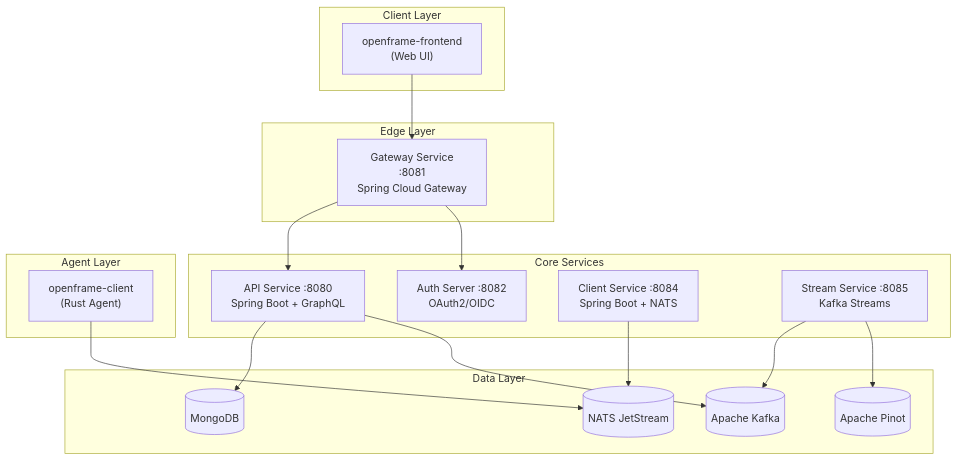
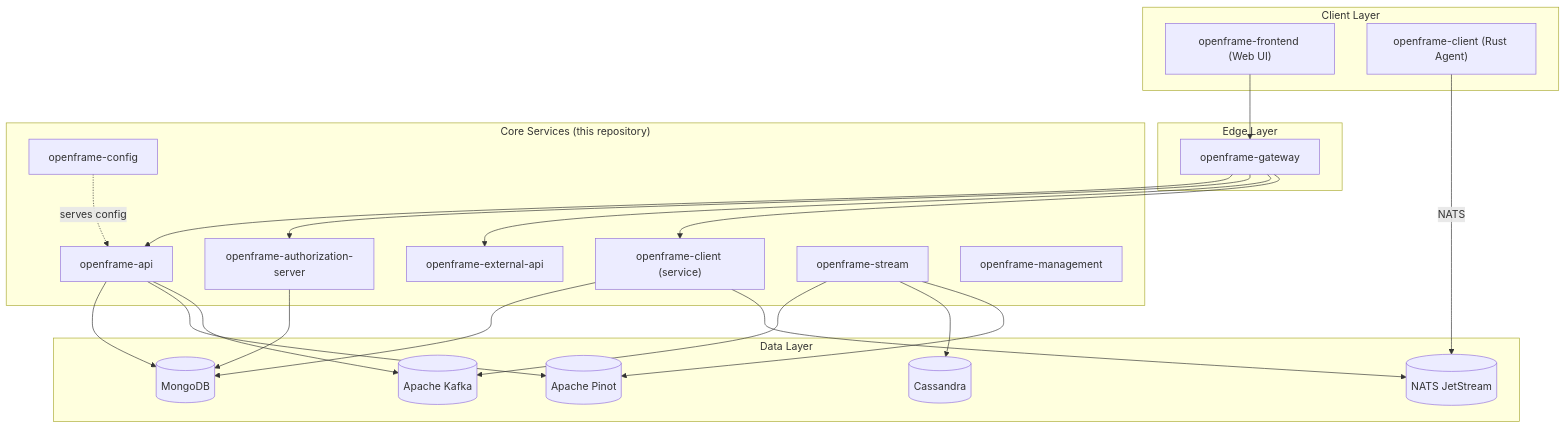
The first of 2 diagrams in docs/getting-started/introduction.md (flamingo-stack/openframe-oss-tenant), drawn with Mermaid before and after one commit. The commit also changed other lines of this file and 28 other files, not shown here.

````diff
--- a/docs/getting-started/introduction.md
+++ b/docs/getting-started/introduction.md
@@ -48,38 +31,46 @@
 ```mermaid
-graph TB
+flowchart TB
     subgraph Clients["Client Layer"]
-        FrontendUI["openframe-frontend\n(Web UI)"]
+        FrontendUI["openframe-frontend (Web UI)"]
+        RustAgent["openframe-client (Rust Agent)"]
     end
 
     subgraph Gateway["Edge Layer"]
-        GW["Gateway Service\n:8081\nSpring Cloud Gateway"]
+        GW["openframe-gateway"]
     end
 
-    subgraph CoreServices["Core Services"]
-        API["API Service :8080\nSpring Boot + GraphQL"]
-        AuthServer["Auth Server :8082\nOAuth2/OIDC"]
-        ClientSvc["Client Service :8084\nSpring Boot + NATS"]
-        StreamSvc["Stream Service :8085\nKafka Streams"]
-    end
-
-    subgraph AgentLayer["Agent Layer"]
-        OFClient["openframe-client\n(Rust Agent)"]
+    subgraph CoreServices["Core Services (this repository)"]
+        API["openframe-api"]
+        AuthServer["openframe-authorization-server"]
+        ExtAPI["openframe-external-api"]
+        ClientSvc["openframe-client (service)"]
+        StreamSvc["openframe-stream"]
+        Mgmt["openframe-management"]
+        Config["openframe-config"]
     end
 
     subgraph DataLayer["Data Layer"]
         Mongo[("MongoDB")]
+        Cassandra[("Cassandra")]
+        Pinot[("Apache Pinot")]
+        Kafka[("Apache Kafka")]
         NATS[("NATS JetStream")]
-        Kafka[("Apache Kafka")]
-        Pinot[("Apache Pinot")]
     end
 
     FrontendUI --> GW
+    RustAgent -->|NATS| NATS
     GW --> API
     GW --> AuthServer
+    GW --> ExtAPI
+    GW --> ClientSvc
     API --> Mongo
+    API --> Pinot
     API --> Kafka
     StreamSvc --> Kafka
+    StreamSvc --> Cassandra
     StreamSvc --> Pinot
+    ClientSvc --> Mongo
     ClientSvc --> NATS
-    OFClient --> NATS
+    AuthServer --> Mongo
+    Config -.->|serves config| API
 ```
````
